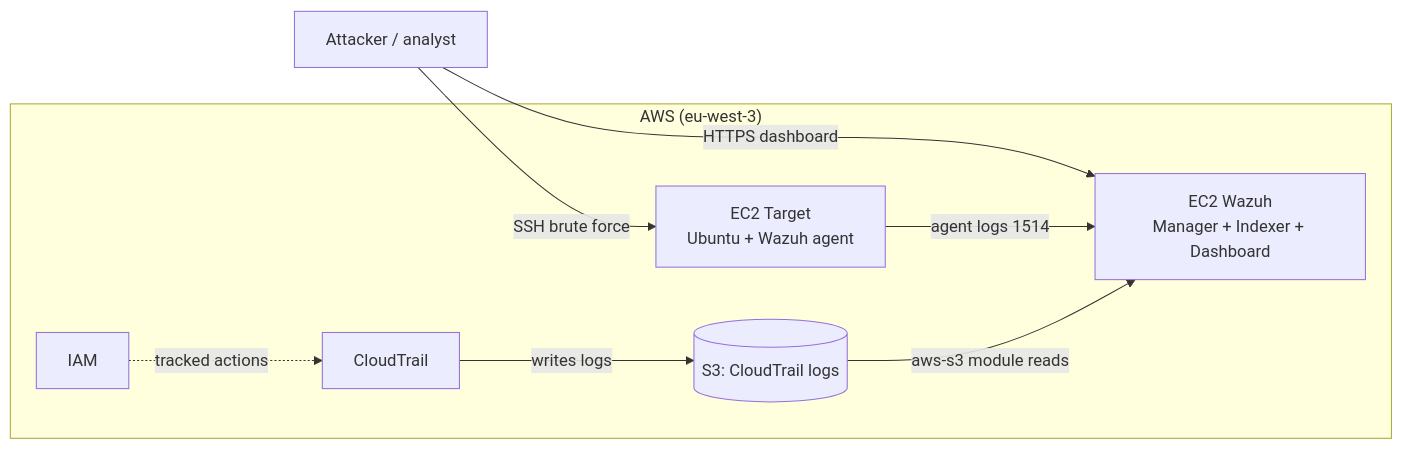
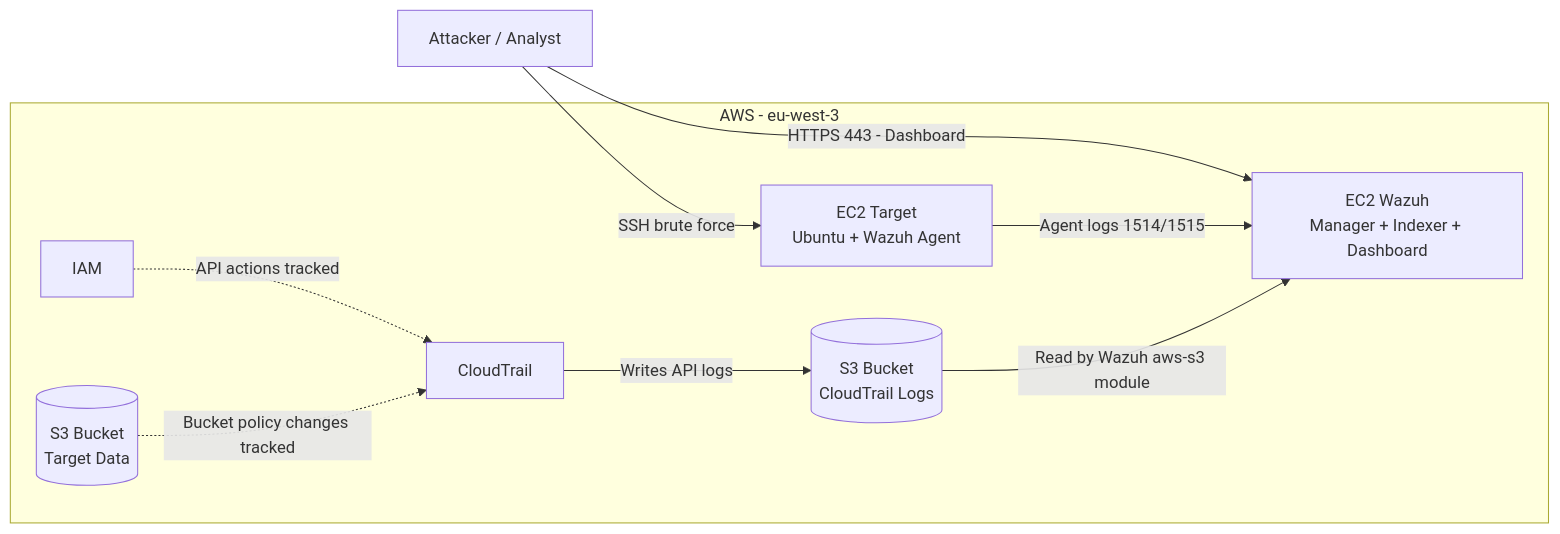
Before and after one commit to hamzanotcool/mini-soc-cloud-aws-wazuh: the diagram in README.md, drawn with Mermaid. The commit also changed other lines of this file and 24 other files, not shown here.

````diff
--- a/README.md
+++ b/README.md
@@ -13,17 +35,21 @@
 ```mermaid
 flowchart LR
-    ATT["Attacker / analyst"]
-    subgraph AWS["AWS (eu-west-3)"]
+    ATT["Attacker / Analyst"]
+
+    subgraph AWS["AWS - eu-west-3"]
         WZ["EC2 Wazuh<br/>Manager + Indexer + Dashboard"]
-        VIC["EC2 Target<br/>Ubuntu + Wazuh agent"]
+        VIC["EC2 Target<br/>Ubuntu + Wazuh Agent"]
         CT["CloudTrail"]
-        S3CT[("S3: CloudTrail logs")]
+        S3CT[("S3 Bucket<br/>CloudTrail Logs")]
+        S3DATA[("S3 Bucket<br/>Target Data")]
         IAM["IAM"]
     end
-    ATT -->|HTTPS dashboard| WZ
-    ATT -->|SSH brute force| VIC
-    VIC -->|agent logs 1514| WZ
-    CT -->|writes logs| S3CT
-    S3CT -->|aws-s3 module reads| WZ
-    IAM -. tracked actions .-> CT
+
+    ATT -->|"HTTPS 443 - Dashboard"| WZ
+    ATT -->|"SSH brute force"| VIC
+    VIC -->|"Agent logs 1514/1515"| WZ
+    CT -->|"Writes API logs"| S3CT
+    S3CT -->|"Read by Wazuh aws-s3 module"| WZ
+    IAM -. "API actions tracked" .-> CT
+    S3DATA -. "Bucket policy changes tracked" .-> CT
 ```
````
